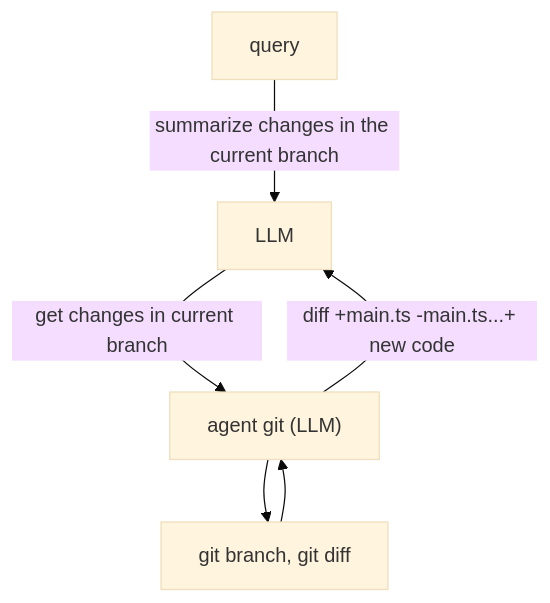
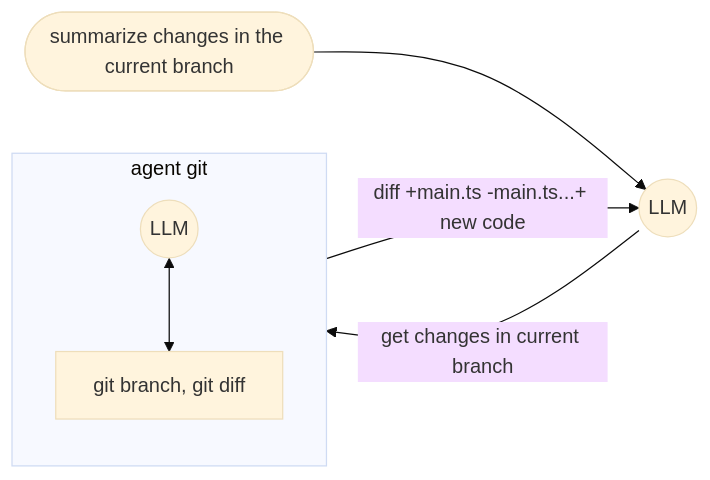
The first of 4 diagrams in docs/src/content/docs/reference/scripts/agents.mdx (microsoft/genaiscript), drawn with Mermaid (base theme) before and after one commit. The commit also changed other lines of this file, not shown here.

Commit message:
Update mermaid diagrams to new flowchart syntax and structure 📊💡

````diff
--- a/docs/src/content/docs/reference/scripts/agents.mdx
+++ b/docs/src/content/docs/reference/scripts/agents.mdx
@@ -25,9 +25,11 @@
 ```mermaid
-flowchart TD
-    query["query"] -->  |"summarize changes in the current branch"| LLM
+flowchart LR
+    query(["summarize changes in the current branch"]) --> LLM((LLM))
 
-    LLM --> |"get changes in current branch"| agent_git["agent git (LLM)"]
+    LLM --> |"get changes in current branch"| agent_git
     agent_git --> |"diff +main.ts -main.ts...+ new code"| LLM
-    agent_git --> git_tools["git branch, git diff"]
-    git_tools --> agent_git
+
+    subgraph agent_git ["agent git"]
+        agent_git_LLM((LLM)) <--> git_tools["git branch, git diff"]
+    end
 ```
````
